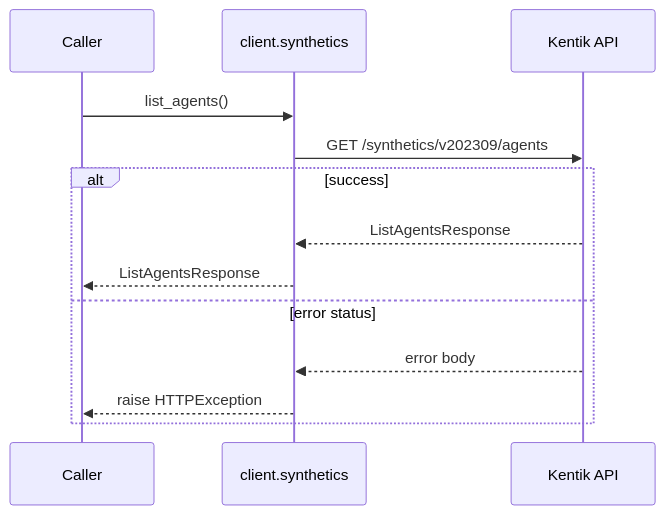
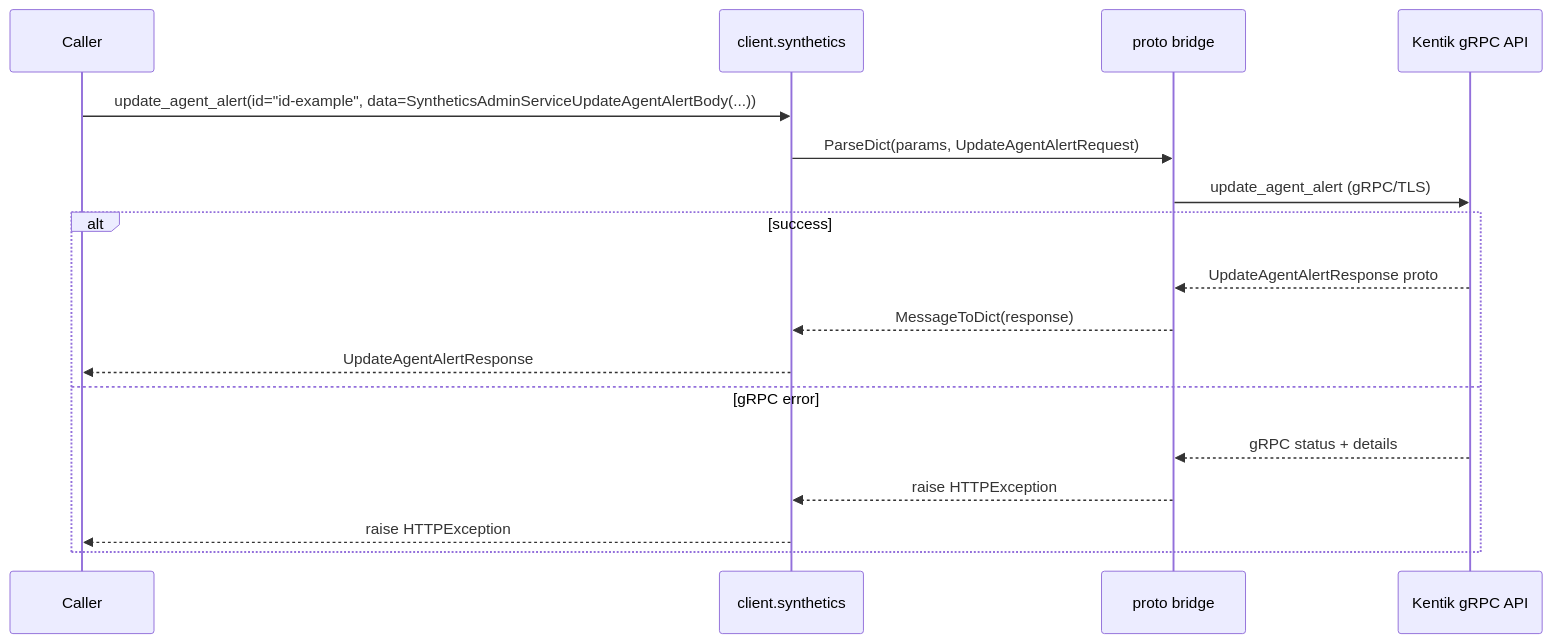
The ninth of 38 diagrams in docs/sphinx/services/synthetics.md (alexdearaujo/community_sdk_python), drawn with Mermaid before and after one commit. The commit also changed other lines of this file and 61 other files, not shown here.

````diff
--- a/docs/sphinx/services/synthetics.md
+++ b/docs/sphinx/services/synthetics.md
@@ -285,16 +279,20 @@
 ```mermaid
 sequenceDiagram
     participant C as Caller
     participant W as client.synthetics
-    participant API as Kentik API
+    participant B as proto bridge
+    participant API as Kentik gRPC API
 
-    C->>W: list_agents()
-    W->>API: GET /synthetics/v202309/agents
+    C->>W: update_agent_alert(id="id-example", data=SyntheticsAdminServiceUpdateAgentAlertBody(...))
+    W->>B: ParseDict(params, UpdateAgentAlertRequest)
+    B->>API: update_agent_alert (gRPC/TLS)
     alt success
-        API-->>W: ListAgentsResponse
-        W-->>C: ListAgentsResponse
-    else error status
-        API-->>W: error body
+        API-->>B: UpdateAgentAlertResponse proto
+        B-->>W: MessageToDict(response)
+        W-->>C: UpdateAgentAlertResponse
+    else gRPC error
+        API-->>B: gRPC status + details
+        B-->>W: raise HTTPException
         W-->>C: raise HTTPException
     end
 ```
````
